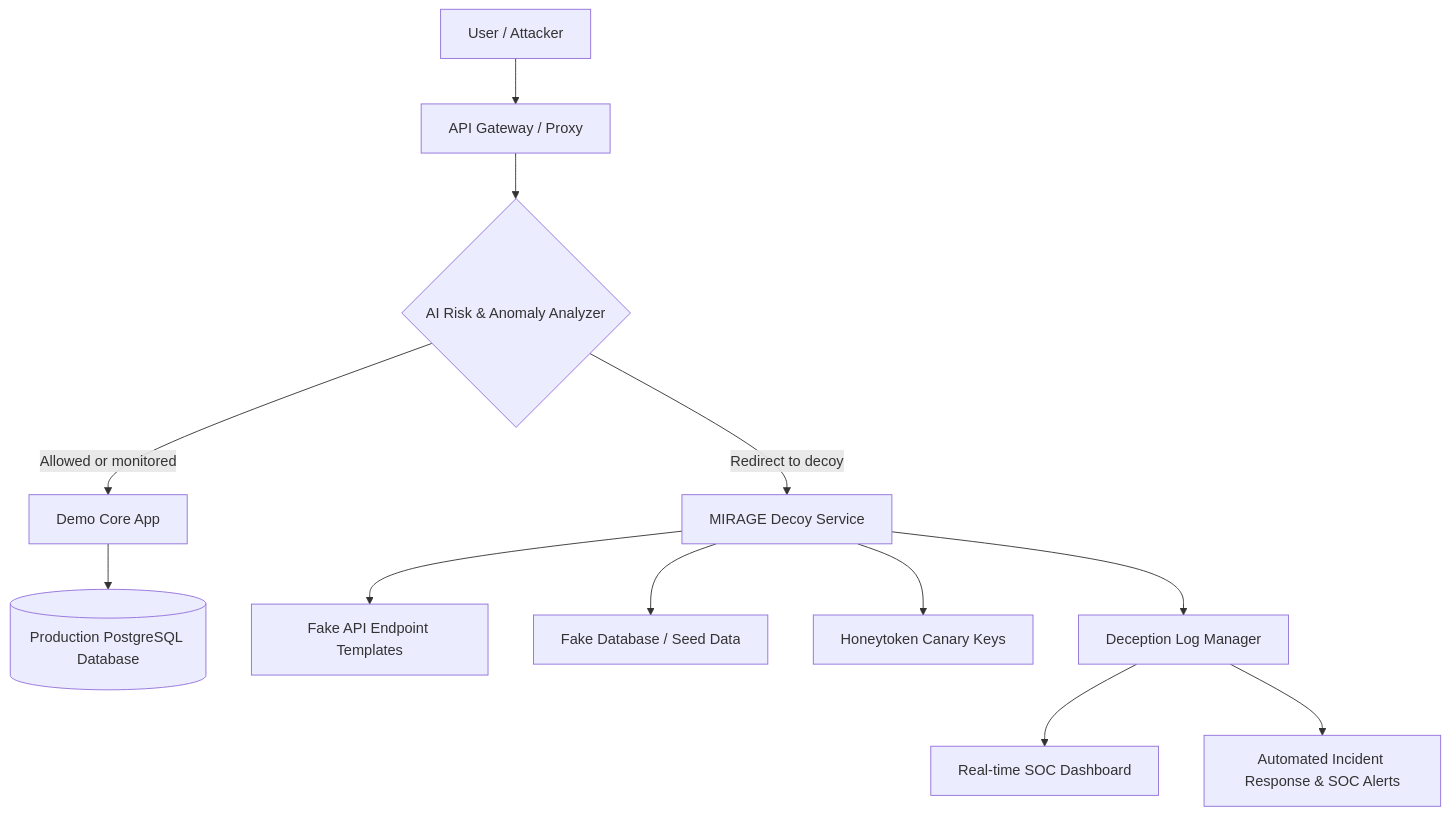
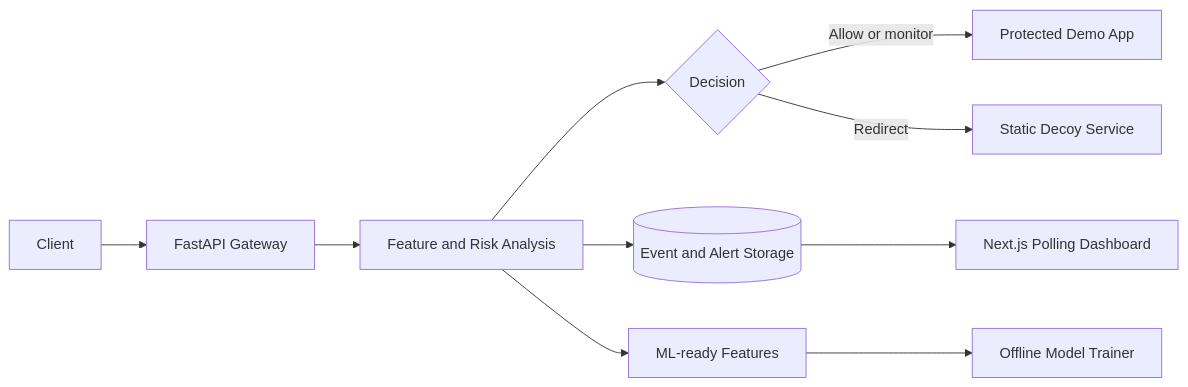
Before and after one commit to rafienajwan/mirage: the diagram in README.md, drawn with Mermaid. The commit also changed other lines of this file and 7 other files, not shown here.

Commit message:
docs: rebuild project setup and architecture guides

````diff
--- a/README.md
+++ b/README.md
@@ -70,17 +34,12 @@
 ```mermaid
-graph TD
-    A[User / Attacker] --> B[API Gateway / Proxy]
-    B --> C{AI Risk & Anomaly Analyzer}
-    
-    C -- "Allowed or monitored" --> D[Demo Core App]
-    D --> E[(Production PostgreSQL Database)]
-    
-    C -- "Redirect to decoy" --> F[MIRAGE Decoy Service]
-    F --> G[Fake API Endpoint Templates]
-    F --> H[Fake Database / Seed Data]
-    F --> I[Honeytoken Canary Keys]
-    
-    F --> J[Deception Log Manager]
-    J --> K[Real-time SOC Dashboard]
-    J --> L[Automated Incident Response & SOC Alerts]
+graph LR
+    A[Client] --> B[FastAPI Gateway]
+    B --> C[Feature and Risk Analysis]
+    C --> D{Decision}
+    D -->|Allow or monitor| E[Protected Demo App]
+    D -->|Redirect| F[Static Decoy Service]
+    C --> G[(Event and Alert Storage)]
+    G --> H[Next.js Polling Dashboard]
+    C --> I[ML-ready Features]
+    I --> J[Offline Model Trainer]
 ```
````
